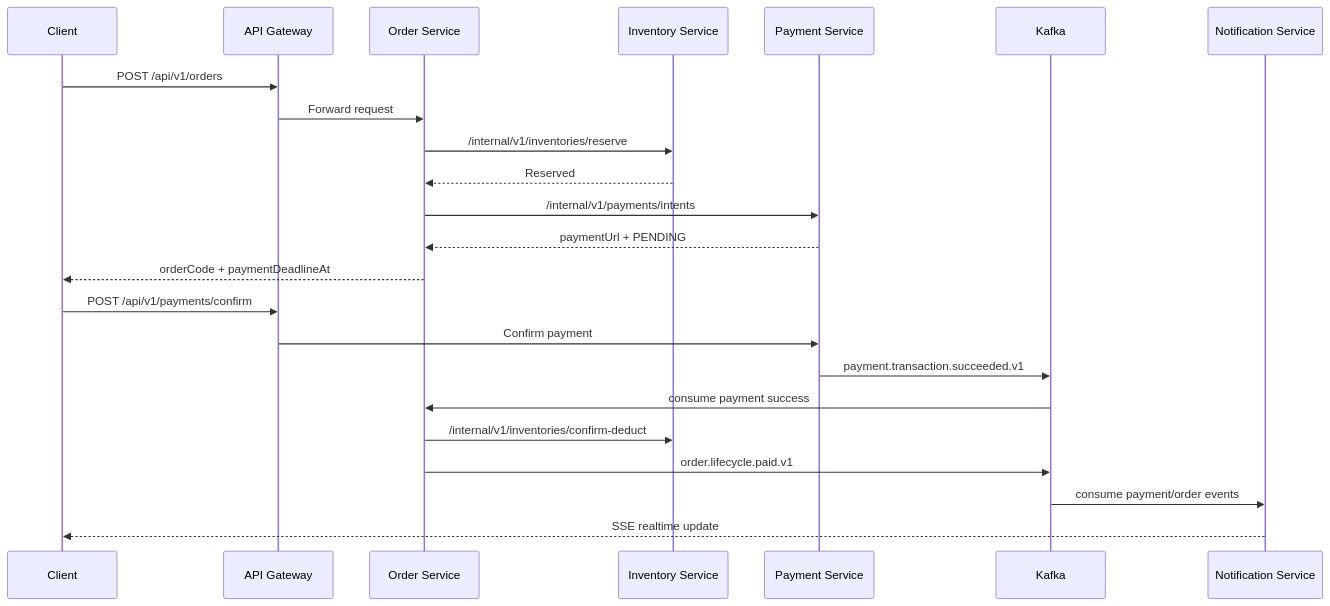
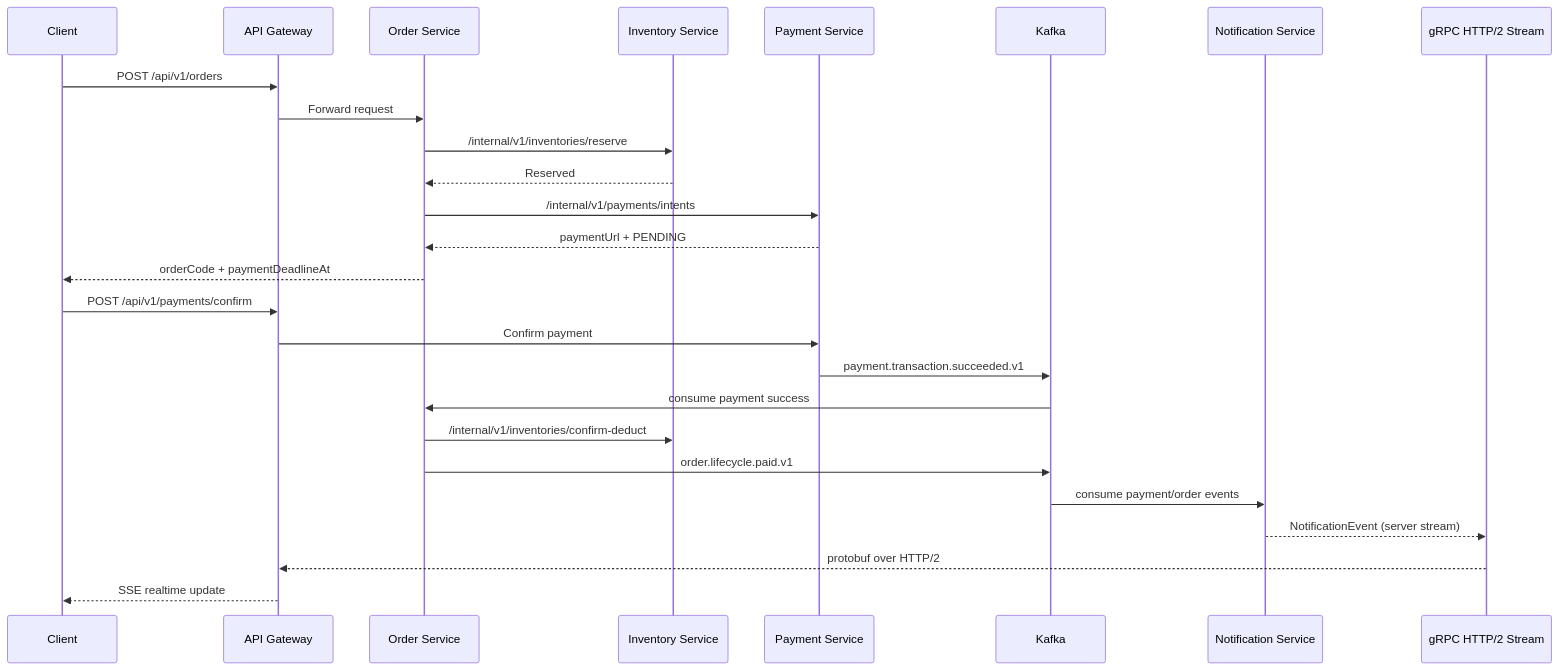
Before and after one commit to nqhQuocHung/Real-time-Order-Processing-Platform: the diagram in docs/key-flows.md, drawn with Mermaid. The commit also changed other lines of this file and 25 other files, not shown here.

Commit message:
Apply Grpc and HTTP/2 to stream api

````diff
--- a/docs/key-flows.md
+++ b/docs/key-flows.md
@@ -175,27 +178,30 @@
 ```mermaid
 sequenceDiagram
     participant C as Client
     participant G as API Gateway
     participant O as Order Service
     participant I as Inventory Service
     participant P as Payment Service
     participant K as Kafka
     participant N as Notification Service
+    participant S as gRPC HTTP/2 Stream
 
     C->>G: POST /api/v1/orders
     G->>O: Forward request
     O->>I: /internal/v1/inventories/reserve
     I-->>O: Reserved
     O->>P: /internal/v1/payments/intents
     P-->>O: paymentUrl + PENDING
     O-->>C: orderCode + paymentDeadlineAt
 
     C->>G: POST /api/v1/payments/confirm
     G->>P: Confirm payment
     P->>K: payment.transaction.succeeded.v1
     K->>O: consume payment success
     O->>I: /internal/v1/inventories/confirm-deduct
     O->>K: order.lifecycle.paid.v1
     K->>N: consume payment/order events
-    N-->>C: SSE realtime update
+    N-->>S: NotificationEvent (server stream)
+    S-->>G: protobuf over HTTP/2
+    G-->>C: SSE realtime update
 ```
````
